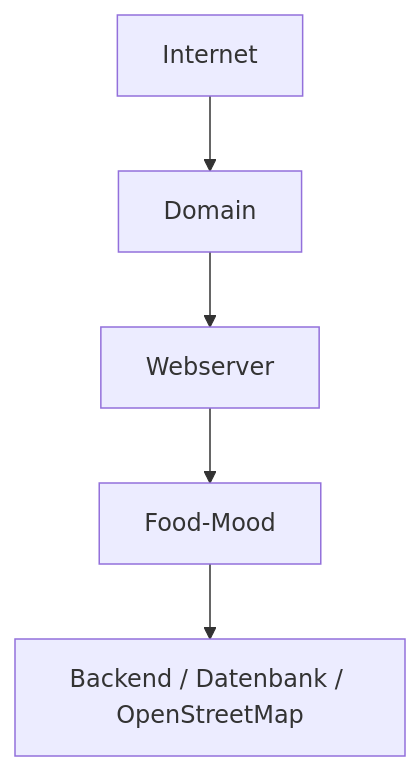
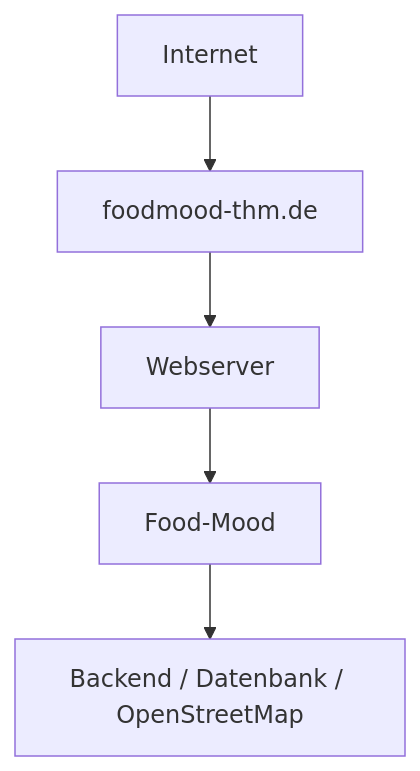
The diagram in docs/specs/S3-Inbetriebnahme.md (ahil-trq/thm_wk-1106_food-mood), drawn with Mermaid before and after one commit. The commit also changed other lines of this file and 5 other files, not shown here.

````diff
--- a/docs/specs/S3-Inbetriebnahme.md
+++ b/docs/specs/S3-Inbetriebnahme.md
@@ -73,13 +83,13 @@
 ```mermaid
 flowchart TD
     INTERNET[Internet]
-    DOMAIN[Domain]
+    DOMAIN[foodmood-thm.de]
     WEB[Webserver]
     APP[Food-Mood]
     BACKEND["Backend / Datenbank / OpenStreetMap"]
 
     INTERNET --> DOMAIN
     DOMAIN --> WEB
     WEB --> APP
     APP --> BACKEND
 ```
````
